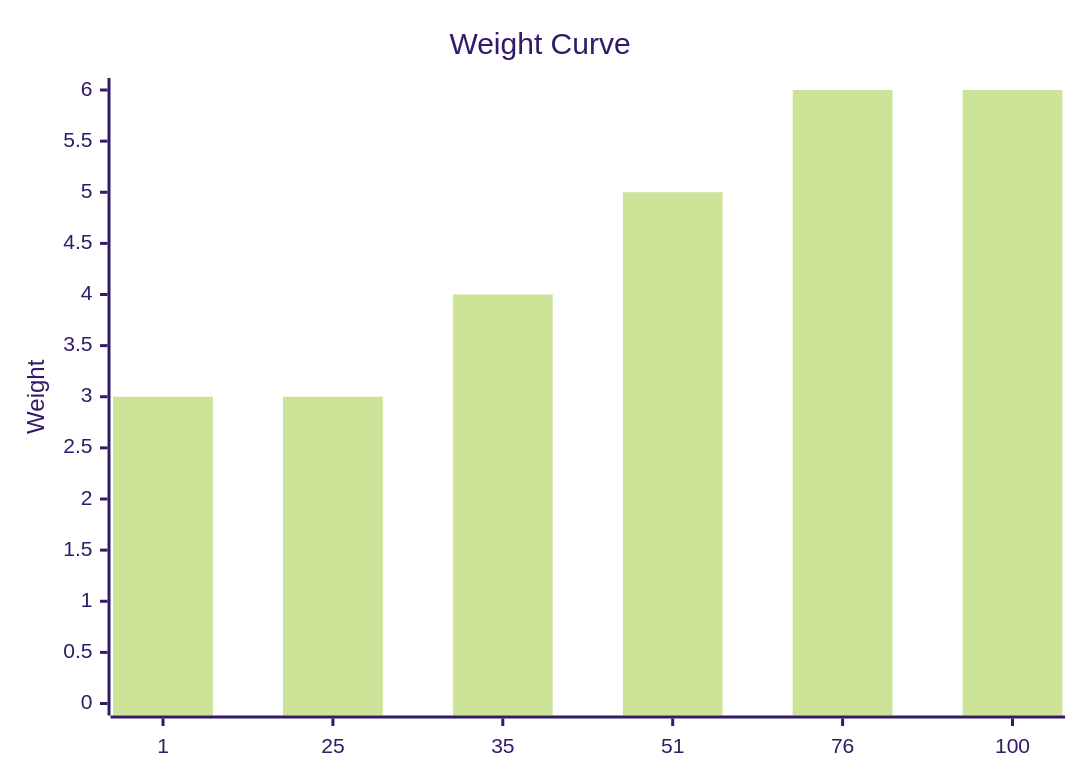
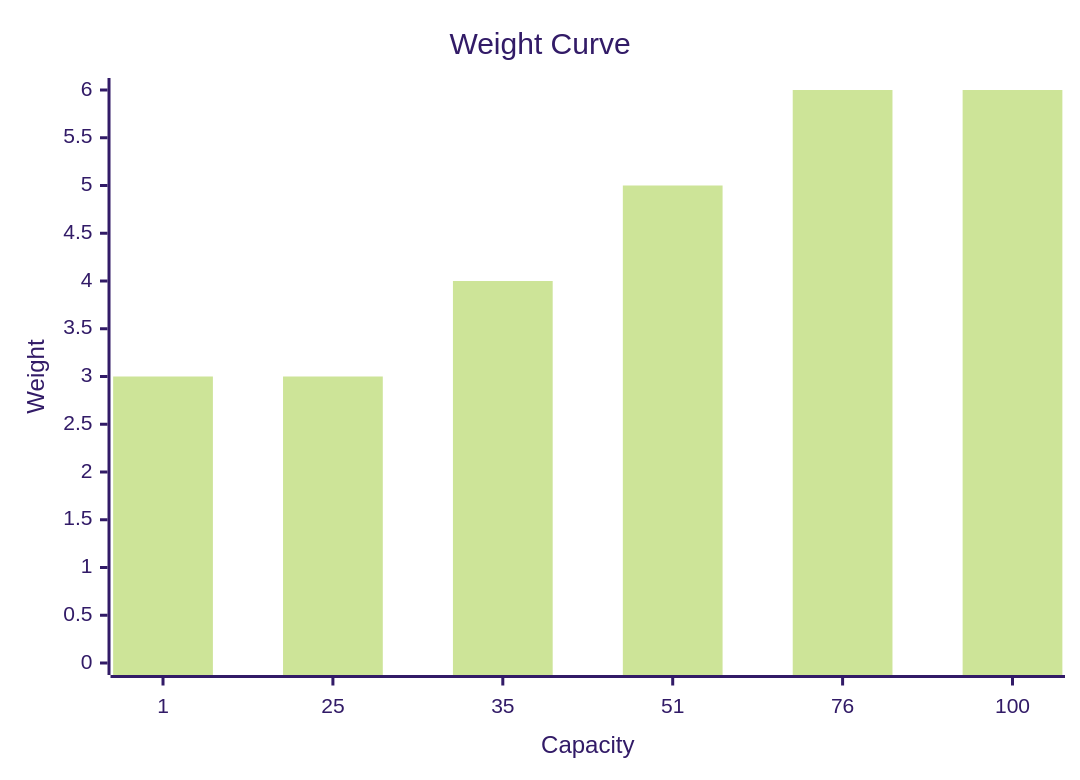
Before and after one commit to kilfour/SharpBotz: the diagram in README.md, drawn with Mermaid (forest theme). The commit also changed 1 other file, not shown here.

````diff
--- a/README.md
+++ b/README.md
@@ -68,7 +68,7 @@
 ```mermaid
 xychart-beta
     title "Weight Curve"
-    x-axis [1, 25, 35, 51, 76, 100]
+    x-axis "Capacity" [1, 25, 35, 51, 76, 100]
     y-axis "Weight" 0 --> 6
     bar [3, 3, 4, 5, 6, 6]
 ```
````
